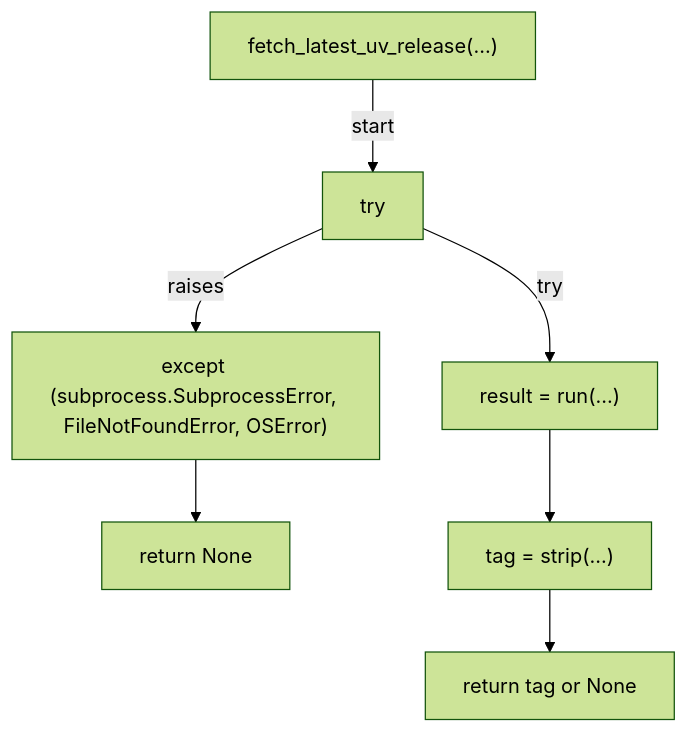
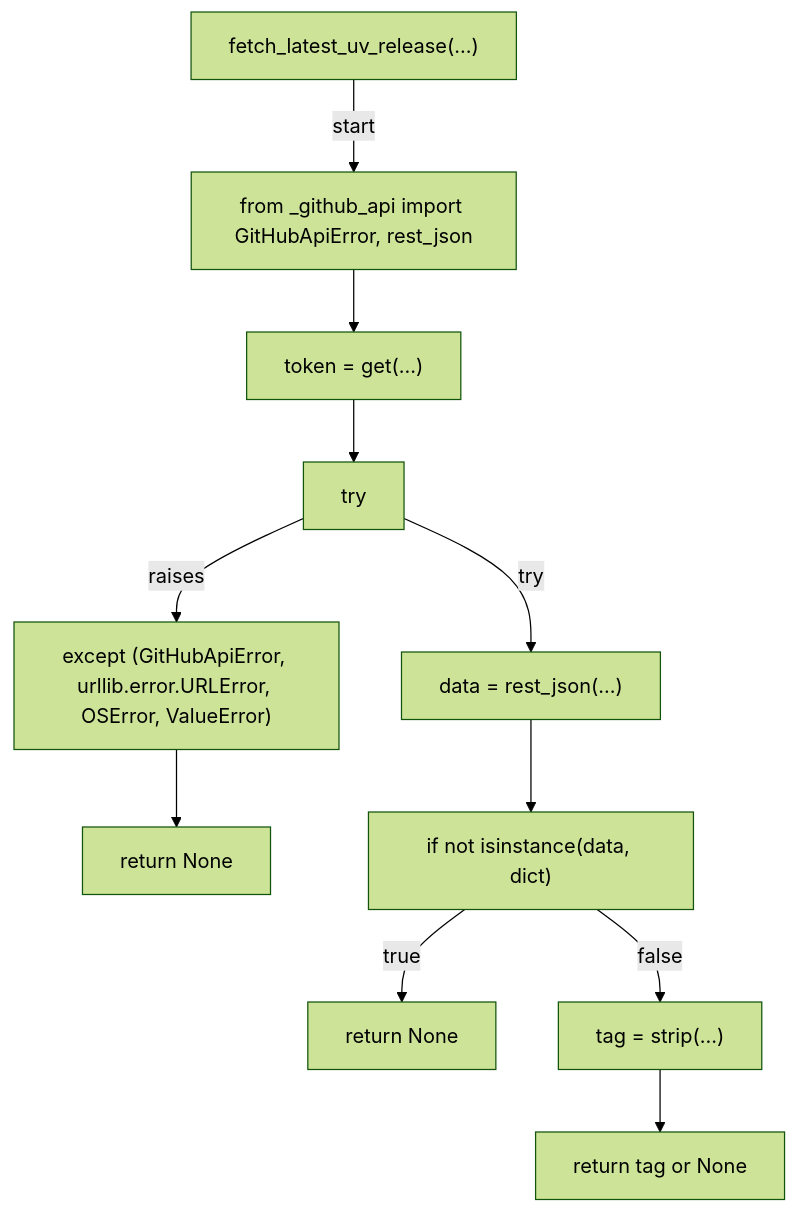
One commit to tvna/claude-md changed the third of 9 diagrams in docs/generated/scripts/ast/uv_pin.md. Above: the diagram before and after it, drawn with Mermaid (forest theme). The commit also changed 15 other files, not shown here.

First line of the commit message:
docs(generated): regenerate decision tree and workflow diagrams

````diff
--- a/docs/generated/scripts/ast/uv_pin.md
+++ b/docs/generated/scripts/ast/uv_pin.md
@@ -67,16 +67,24 @@
 ```mermaid
 flowchart TD
     N001["fetch_latest_uv_release(...)"]
-    N002["try"]
-    N003["result = run(...)"]
-    N004["except (subprocess.SubprocessError, FileNotFoundError, OSError)"]
-    N005["return None"]
-    N006["tag = strip(...)"]
-    N007["return tag or None"]
+    N002["from _github_api import GitHubApiError, rest_json"]
+    N003["token = get(...)"]
+    N004["try"]
+    N005["data = rest_json(...)"]
+    N006["except (GitHubApiError, urllib.error.URLError, OSError, ValueError)"]
+    N007["return None"]
+    N008["if not isinstance(data, dict)"]
+    N009["return None"]
+    N010["tag = strip(...)"]
+    N011["return tag or None"]
     N001 -->|"start"| N002
-    N002 -->|"try"| N003
-    N002 -->|"raises"| N004
-    N004 --> N005
-    N003 --> N006
+    N002 --> N003
+    N003 --> N004
+    N004 -->|"try"| N005
+    N004 -->|"raises"| N006
     N006 --> N007
+    N005 --> N008
+    N008 -->|"true"| N009
+    N008 -->|"false"| N010
+    N010 --> N011
 ```
````
